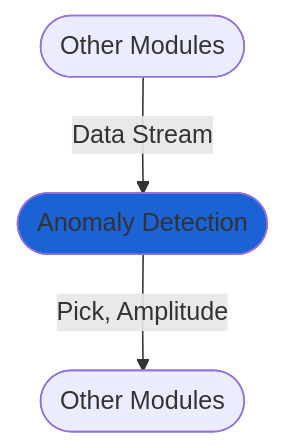
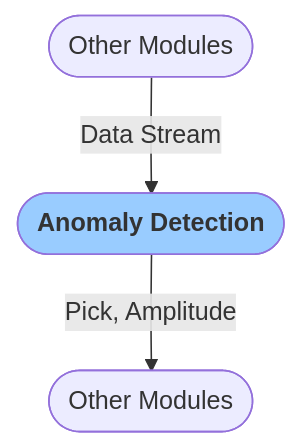
One commit to grillo/grillo-docs changed the diagram in docs/grillo-console/modules/technical_computing/anomaly_detection.md. Above: the diagram before and after it, drawn with Mermaid. The commit also changed 38 other files, not shown here.

````diff
--- a/docs/grillo-console/modules/technical_computing/anomaly_detection.md
+++ b/docs/grillo-console/modules/technical_computing/anomaly_detection.md
@@ -11,5 +11,5 @@
 ```mermaid
 flowchart TB
-   B([Other Modules])-->|Data Stream| Cp([Anomaly Detection]) -->|Pick, Amplitude| D([Other Modules])
-   style Cp fill:#1b62d4
+   B([Other Modules])-->|Data Stream| Cp([<font color=333333><b>Anomaly Detection</b>]) -->|Pick, Amplitude| D([Other Modules])
+   style Cp fill:#99CCFF
 ```
````
